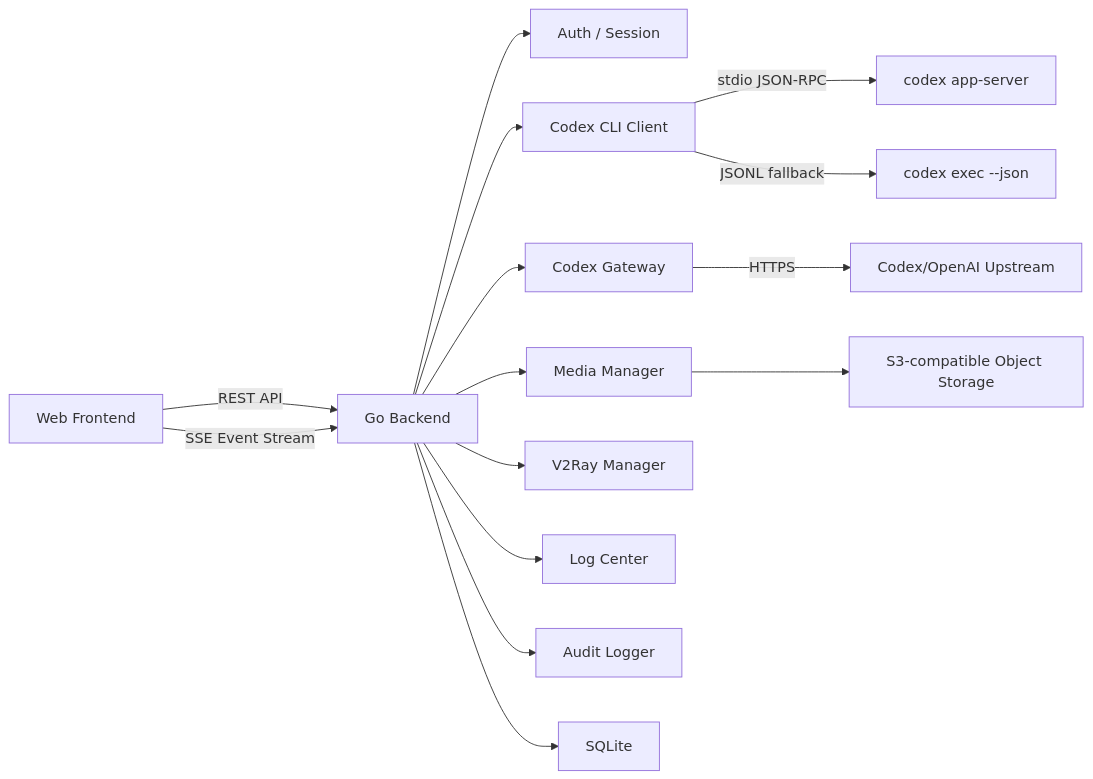
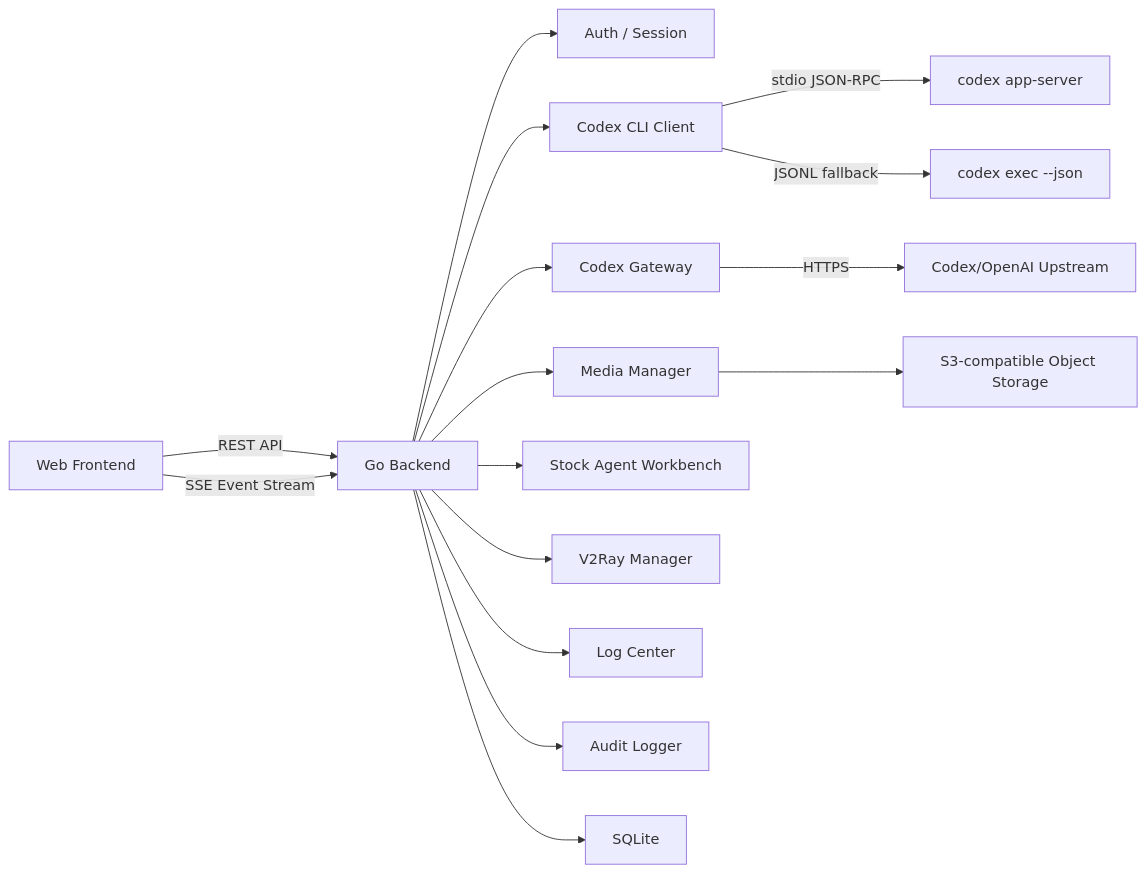
The first of 2 diagrams in docs/personal-web-terminal-technical-design.md (NageNalock/phantom-lancer), drawn with Mermaid before and after one commit. The commit also changed other lines of this file and 29 other files, not shown here.

Commit message:
Add stock agent workbench closed loop

````diff
--- a/docs/personal-web-terminal-technical-design.md
+++ b/docs/personal-web-terminal-technical-design.md
@@ -29,17 +29,18 @@
 ```mermaid
 flowchart LR
   Browser["Web Frontend"] -->|REST API| Backend["Go Backend"]
   Browser -->|SSE Event Stream| Backend
   Backend --> Auth["Auth / Session"]
   Backend --> CodexClient["Codex CLI Client"]
   Backend --> Gateway["Codex Gateway"]
   Backend --> Media["Media Manager"]
+  Backend --> Stock["Stock Agent Workbench"]
   Backend --> V2Ray["V2Ray Manager"]
   Backend --> Logs["Log Center"]
   Backend --> Audit["Audit Logger"]
   Backend --> Store["SQLite"]
   CodexClient -->|stdio JSON-RPC| CodexAppServer["codex app-server"]
   CodexClient -->|JSONL fallback| CodexExec["codex exec --json"]
   Media --> ObjectStore["S3-compatible Object Storage"]
   Gateway -->|HTTPS| OpenAIUpstream["Codex/OpenAI Upstream"]
 ```
````
